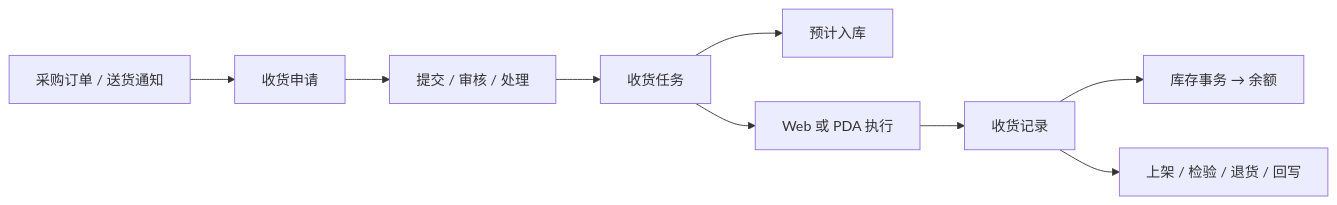
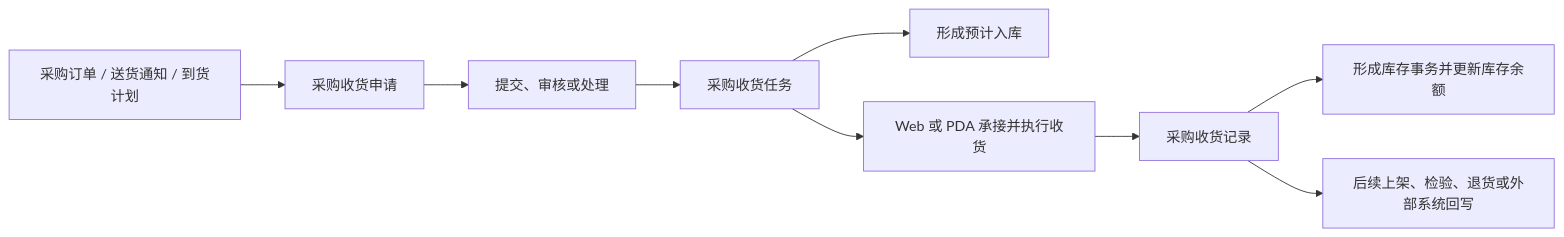
The first of 4 diagrams in docs/05-WMS-库房管理/03-采购收货/index.md (jiargcn/MomProductDocument), drawn with Mermaid before and after one commit. The commit also changed other lines of this file and 239 other files, not shown here.

````diff
--- a/docs/05-WMS-库房管理/03-采购收货/index.md
+++ b/docs/05-WMS-库房管理/03-采购收货/index.md
@@ -24,11 +38,11 @@
 ```mermaid
 flowchart LR
-    A["采购订单 / 送货通知"] --> B["收货申请"]
-    B --> C["提交 / 审核 / 处理"]
-    C --> D["收货任务"]
-    D --> E["预计入库"]
-    D --> F["Web 或 PDA 执行"]
-    F --> G["收货记录"]
-    G --> H["库存事务 → 余额"]
-    G --> I["上架 / 检验 / 退货 / 回写"]
+    A["采购订单 / 送货通知 / 到货计划"] --> B["采购收货申请"]
+    B --> C["提交、审核或处理"]
+    C --> D["采购收货任务"]
+    D --> E["形成预计入库"]
+    D --> F["Web 或 PDA 承接并执行收货"]
+    F --> G["采购收货记录"]
+    G --> H["形成库存事务并更新库存余额"]
+    G --> I["后续上架、检验、退货或外部系统回写"]
 ```
````
